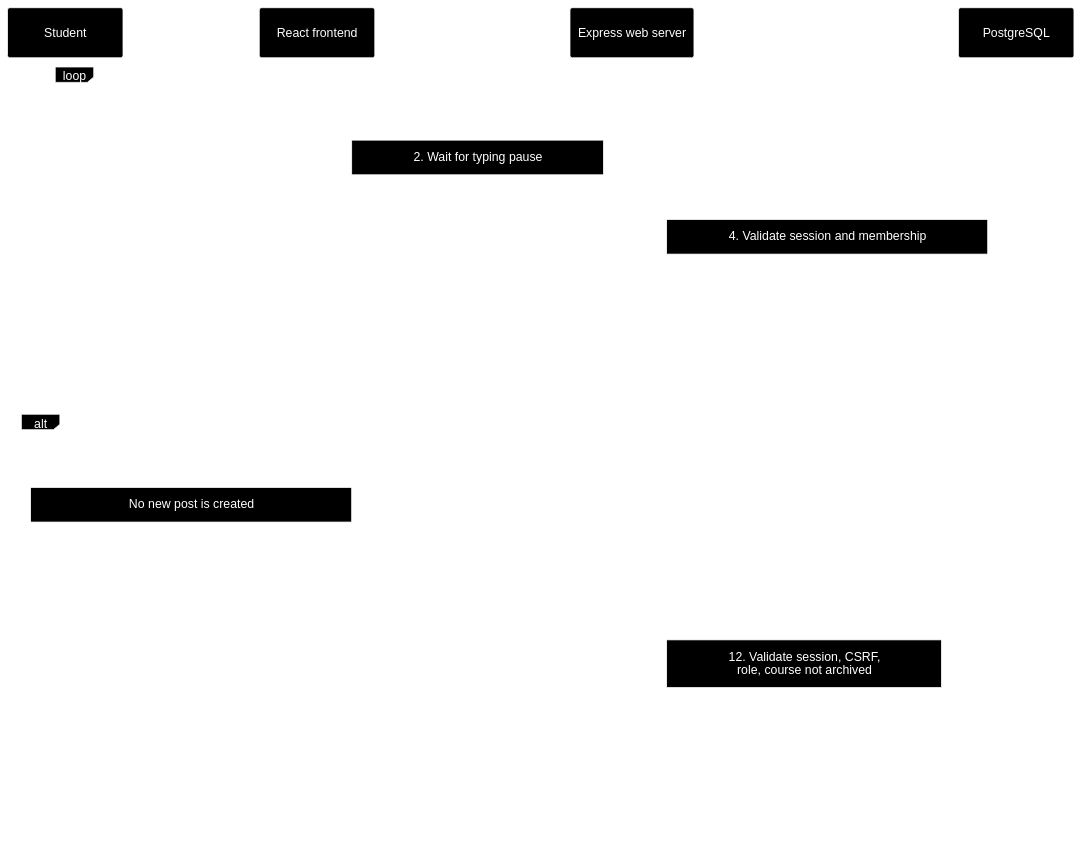
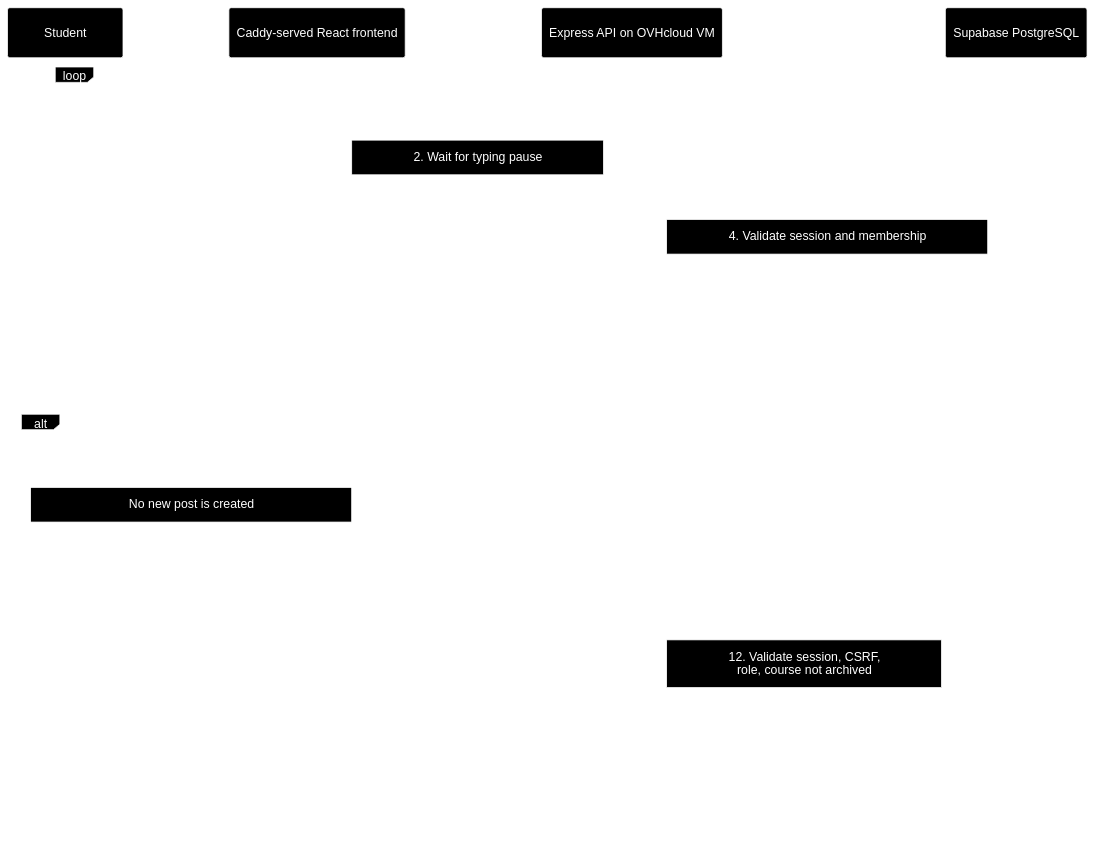
Before and after one commit to drh-14/ChalkTalk: the diagram in diagrams/key-flow-post-question/key-flow-post-question.mmd, drawn with Mermaid. The commit also changed 15 other files, not shown here.

Commit message:
docs: update deployment architecture diagrams for OVHcloud and Supabase

```diff
--- a/diagrams/key-flow-post-question/key-flow-post-question.mmd
+++ b/diagrams/key-flow-post-question/key-flow-post-question.mmd
@@ -1,30 +1,30 @@
 %%{init: {"theme": "base", "sequence": {"useMaxWidth": false, "mirrorActors": false, "messageFontSize": 14, "actorFontSize": 15, "noteFontSize": 13, "boxMargin": 12, "messageMargin": 42, "bottomMarginAdj": 20, "actorMargin": 90, "messageFontFamily": "Liberation Sans, Arial, sans-serif", "noteFontFamily": "Liberation Sans, Arial, sans-serif", "actorFontFamily": "Liberation Sans, Arial, sans-serif", "noteMargin": 14}, "themeCSS": "text, tspan { font-family: Liberation Sans, Arial, sans-serif !important; } .actor-line { stroke: #FFFFFF !important; stroke-dasharray: 4 4 !important; stroke-width: 1px !important; } rect.actor { fill: #000000 !important; stroke: #FFFFFF !important; rx: 4; ry: 4; } text.actor, text.actor > tspan { fill: #FFFFFF !important; } .messageText { fill: #FFFFFF !important; stroke: none !important; } .messageLine0, .messageLine1 { stroke: #FFFFFF !important; stroke-width: 1px !important; } #arrowhead path, #crosshead path, #filled-head path { fill: #FFFFFF !important; stroke: #FFFFFF !important; } .note { fill: #000000 !important; stroke: #FFFFFF !important; } .noteText, .noteText > tspan { fill: #FFFFFF !important; } .loopLine { stroke: #FFFFFF !important; } .labelBox { fill: #000000 !important; stroke: #FFFFFF !important; } .labelText, .labelText > tspan, .loopText, .loopText > tspan { fill: #FFFFFF !important; }", "themeVariables": {"background": "#000000", "fontSize": "14px", "actorBkg": "#000000", "actorBorder": "#FFFFFF", "actorTextColor": "#FFFFFF", "actorLineColor": "#FFFFFF", "signalColor": "#FFFFFF", "signalTextColor": "#FFFFFF", "labelBoxBkgColor": "#000000", "labelBoxBorderColor": "#FFFFFF", "labelTextColor": "#FFFFFF", "loopTextColor": "#FFFFFF", "noteBkgColor": "#000000", "noteBorderColor": "#FFFFFF", "noteTextColor": "#FFFFFF", "lineColor": "#FFFFFF", "textColor": "#FFFFFF", "primaryColor": "#000000", "primaryTextColor": "#FFFFFF", "primaryBorderColor": "#FFFFFF", "fontFamily": "Liberation Sans, Arial, sans-serif"}}}%%
 sequenceDiagram
     participant Student
-    participant FE as React frontend
-    participant API as Express web server
-    participant DB as PostgreSQL
+    participant FE as Caddy-served React frontend
+    participant API as Express API on OVHcloud VM
+    participant DB as Supabase PostgreSQL
 
     loop While the student is drafting
         Student->>FE: 1. Type question title and body
         Note right of FE: #160;2. Wait for typing pause#160;
         FE->>API: 3. GET /api/v1/courses/{id}/posts?q=draft
         Note right of API: #160;4. Validate session and membership#160;
         API->>DB: 5. Ranked full-text search in course
         DB-->>API: 6. Matching posts
         API-->>FE: 7. 200 OK with related posts
         FE-->>Student: 8. Show related questions
     end
 
     alt Existing post answers the question
         Student->>FE: 9. Open related post
         Note over Student,FE: #160;No new post is created#160;
     else Student still needs to ask
         Student->>FE: 10. Submit question
         FE->>API: 11. POST /api/v1/courses/{id}/posts
         Note right of API: #160;12. Validate session, CSRF,#160;<br/>#160;role, course not archived#160;
         API->>DB: 13. Insert post and search vector (one transaction)
         DB-->>API: 14. New post row
         API-->>FE: 15. 201 Created
         FE-->>Student: 16. Show new question
     end
```
